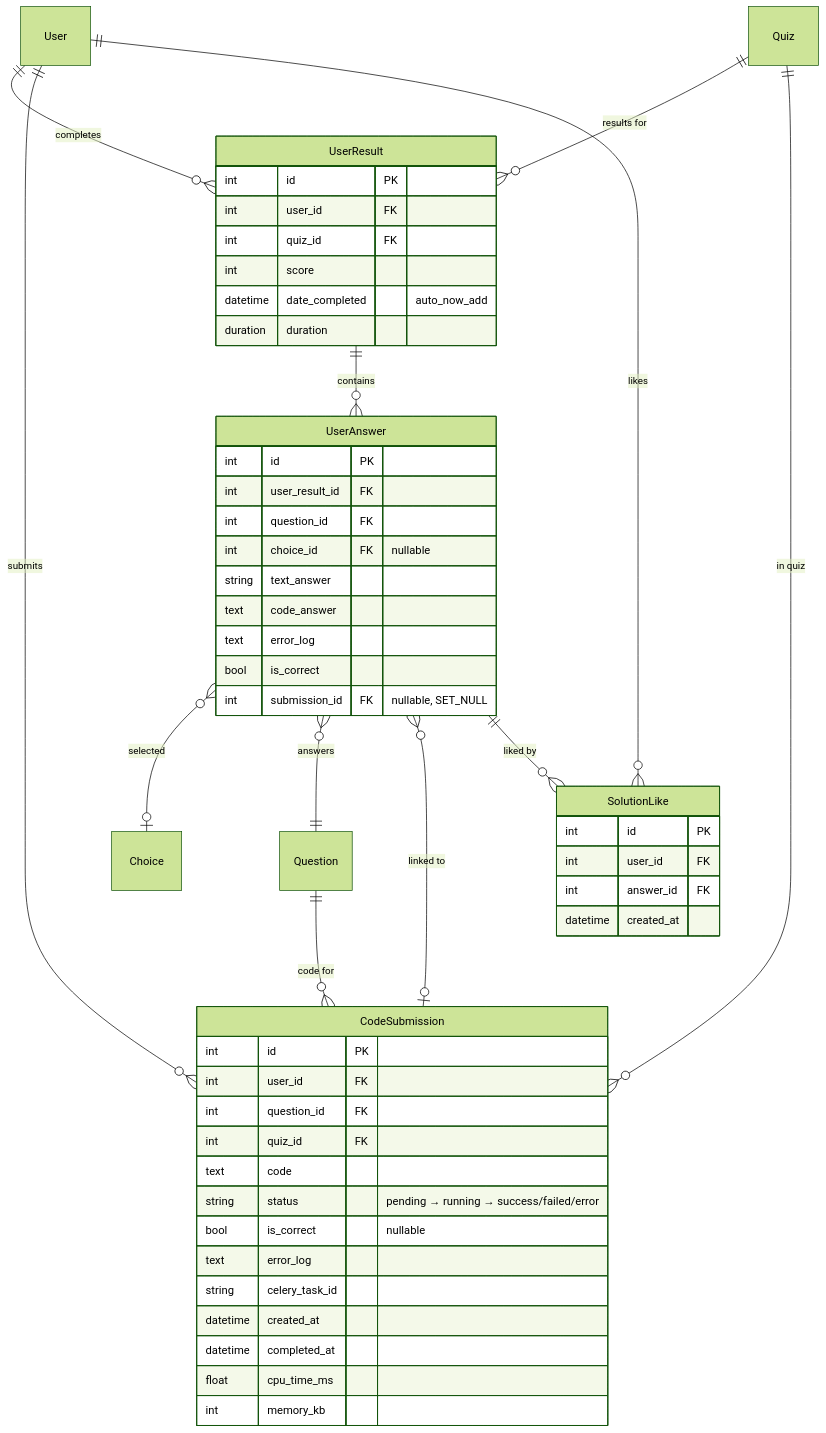
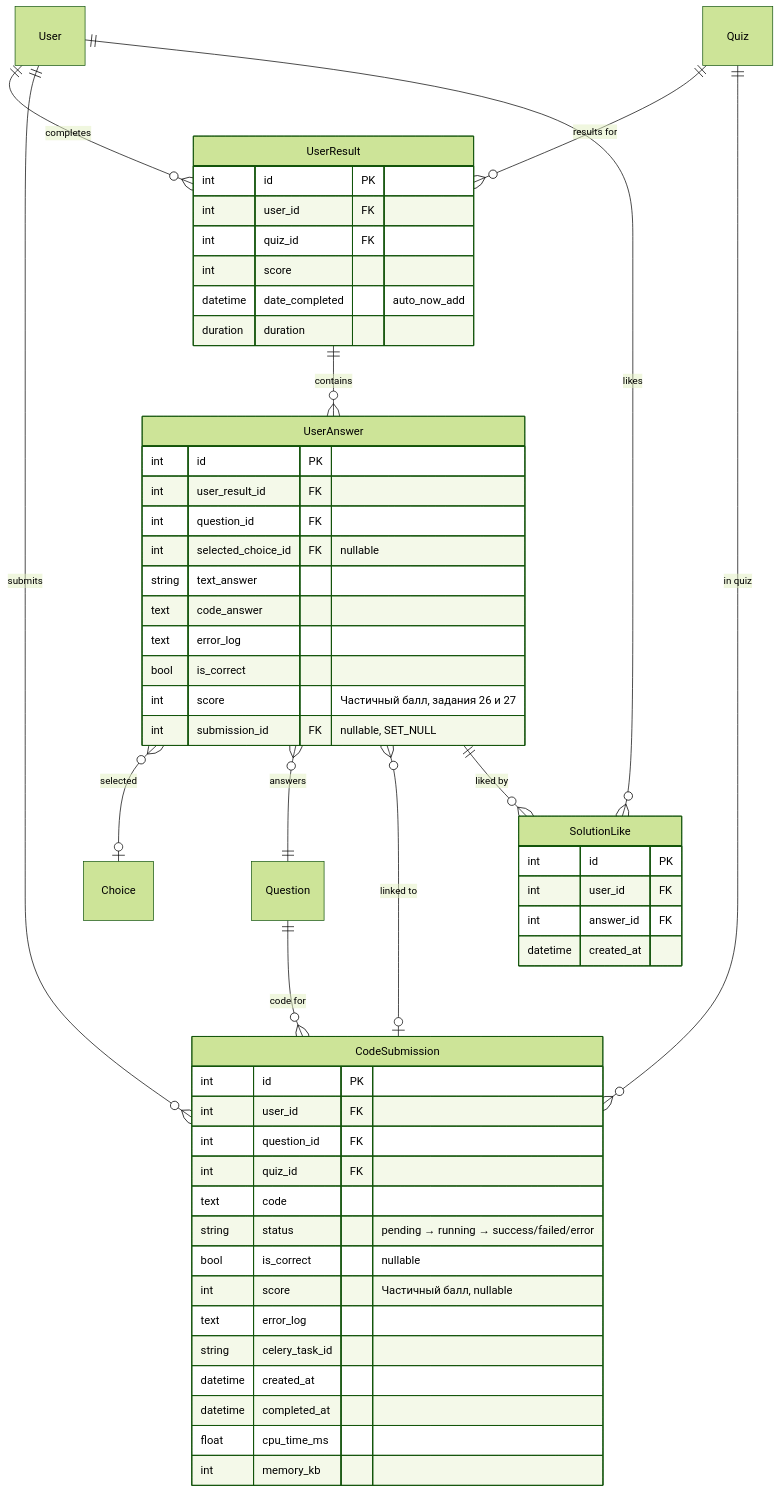
One commit to Kirill2517nv/SiteAboutMe changed the fifth of 10 diagrams in docs/database/er-diagram.md. Above: the diagram before and after it, drawn with Mermaid (forest theme). The commit also changed other lines of this file and 40 other files, not shown here.

````diff
--- a/docs/database/er-diagram.md
+++ b/docs/database/er-diagram.md
@@ -188,58 +295,60 @@
 ```mermaid
 erDiagram
     User ||--o{ UserResult : "completes"
     Quiz ||--o{ UserResult : "results for"
     UserResult ||--o{ UserAnswer : "contains"
     UserAnswer }o--o| Choice : "selected"
     UserAnswer }o--|| Question : "answers"
     UserAnswer }o--o| CodeSubmission : "linked to"
     User ||--o{ CodeSubmission : "submits"
     Question ||--o{ CodeSubmission : "code for"
     Quiz ||--o{ CodeSubmission : "in quiz"
     UserAnswer ||--o{ SolutionLike : "liked by"
     User ||--o{ SolutionLike : "likes"
 
     UserResult {
         int id PK
         int user_id FK
         int quiz_id FK
         int score
         datetime date_completed "auto_now_add"
         duration duration
     }
 
     UserAnswer {
         int id PK
         int user_result_id FK
         int question_id FK
-        int choice_id FK "nullable"
+        int selected_choice_id FK "nullable"
         string text_answer
         text code_answer
         text error_log
         bool is_correct
+        int score "Частичный балл, задания 26 и 27"
         int submission_id FK "nullable, SET_NULL"
     }
 
     CodeSubmission {
         int id PK
         int user_id FK
         int question_id FK
         int quiz_id FK
         text code
         string status "pending → running → success/failed/error"
         bool is_correct "nullable"
+        int score "Частичный балл, nullable"
         text error_log
         string celery_task_id
         datetime created_at
         datetime completed_at
         float cpu_time_ms
         int memory_kb
     }
 
     SolutionLike {
         int id PK
         int user_id FK
         int answer_id FK
         datetime created_at
     }
 ```
````
